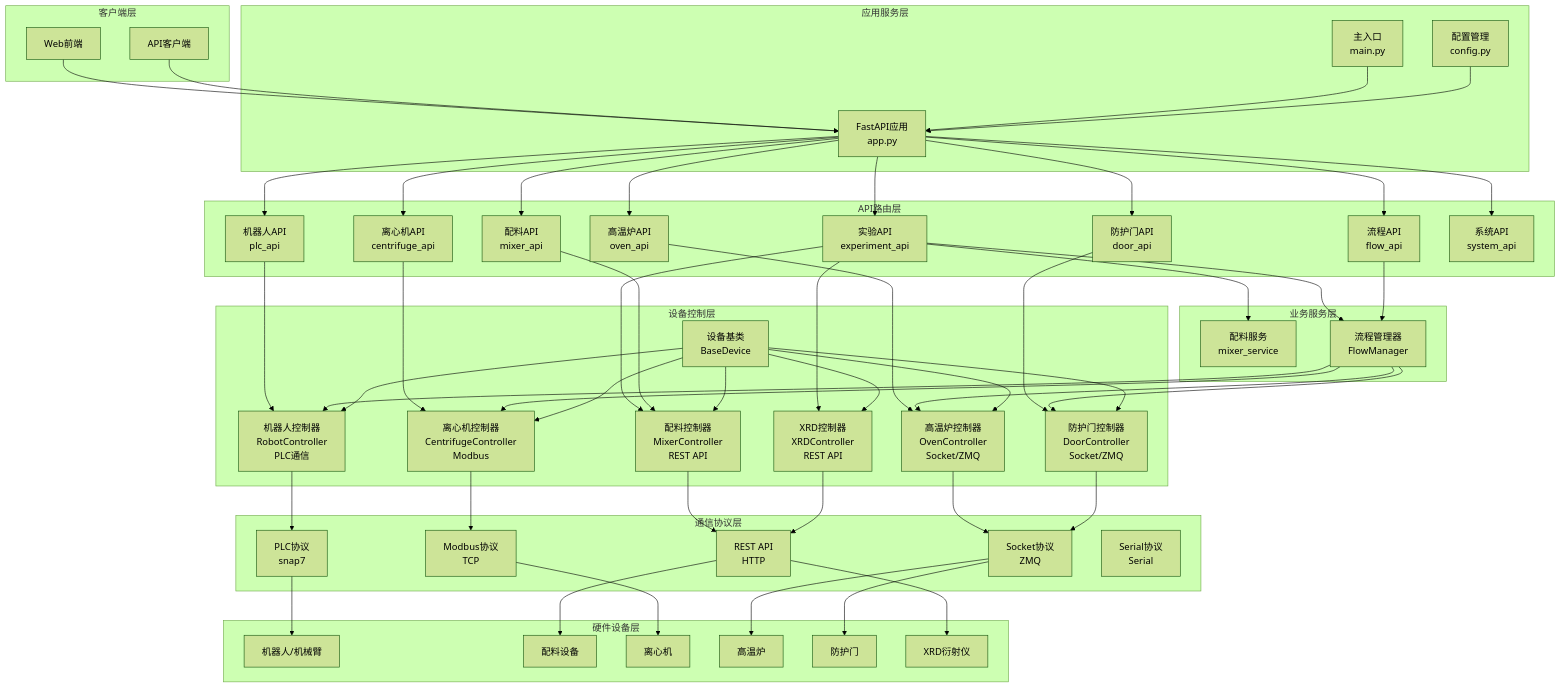
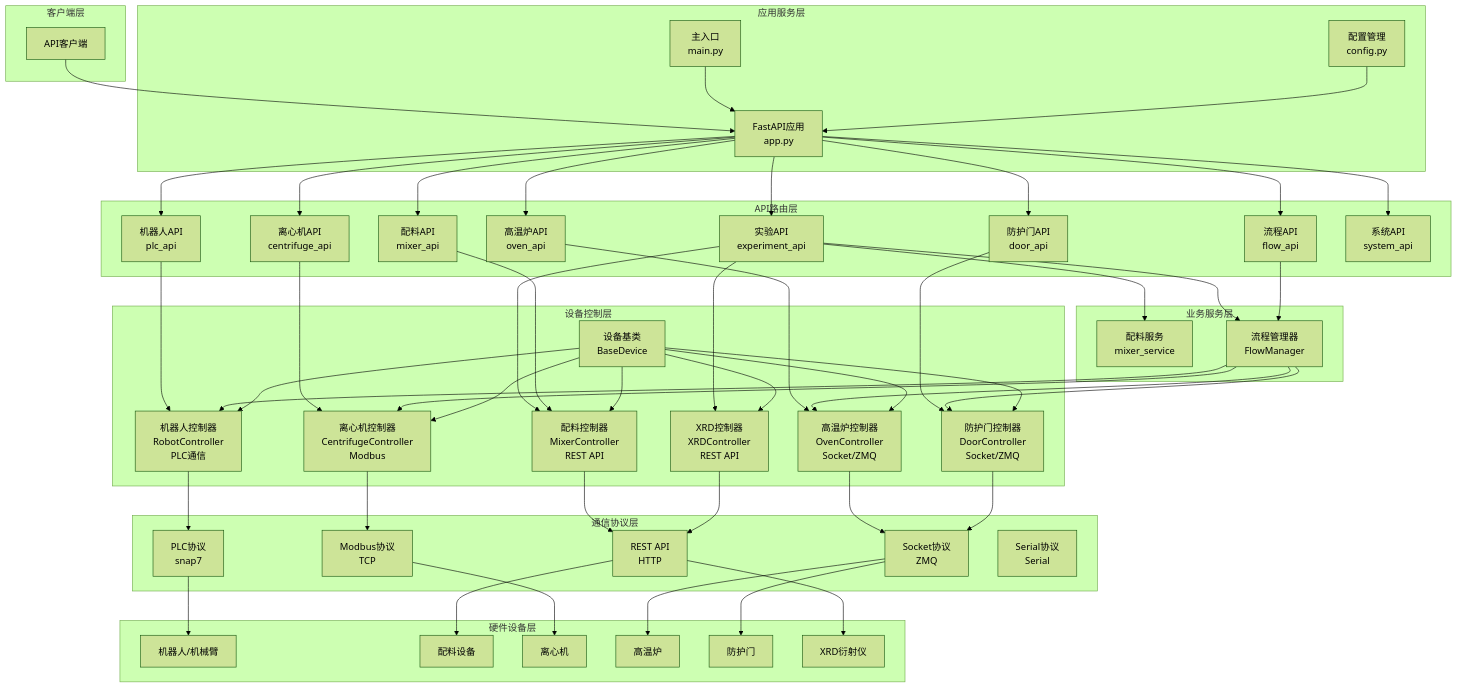
The first of 9 diagrams in docs/系统架构流程图.md (nipeone/ai4device), drawn with Mermaid (forest theme) before and after one commit. The commit also changed other lines of this file and 1 other file, not shown here.

Commit message:
更新系统架构流程图

````diff
--- a/docs/系统架构流程图.md
+++ b/docs/系统架构流程图.md
@@ -5,7 +5,6 @@
 ```mermaid
 graph TB
     subgraph "客户端层"
-        WEB[Web前端]
         API_CLIENT[API客户端]
     end
     
@@ -58,7 +57,6 @@
         XRD[XRD衍射仪]
     end
     
-    WEB --> FASTAPI
     API_CLIENT --> FASTAPI
     MAIN --> FASTAPI
     CONFIG --> FASTAPI
````
